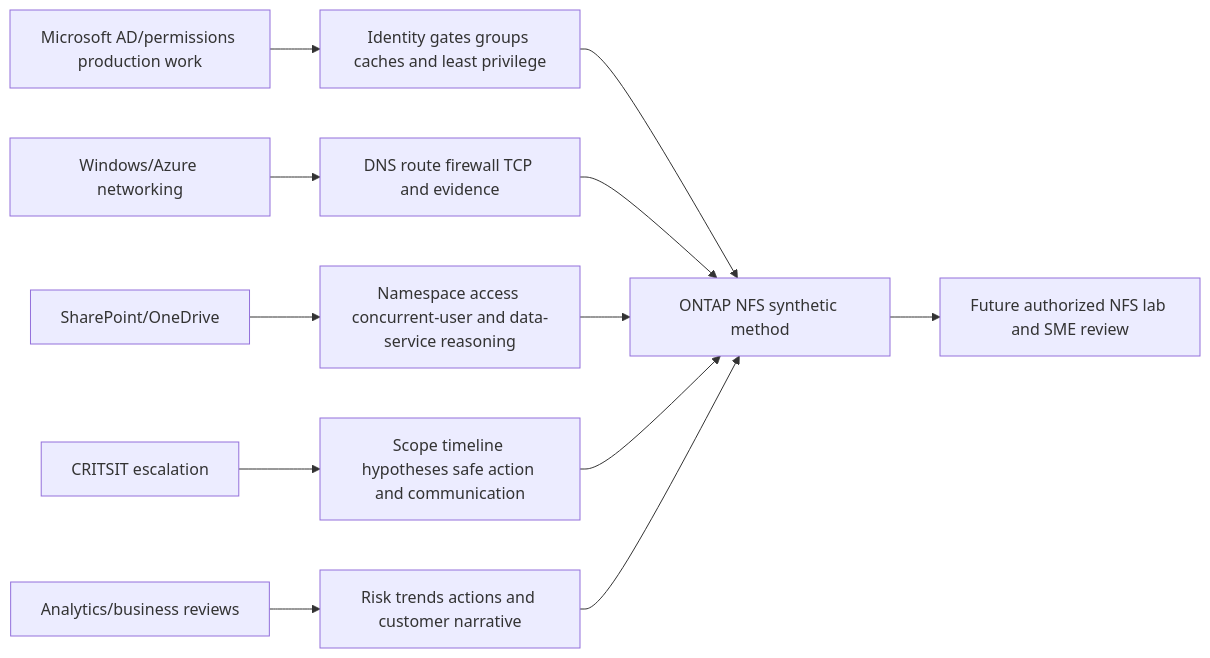
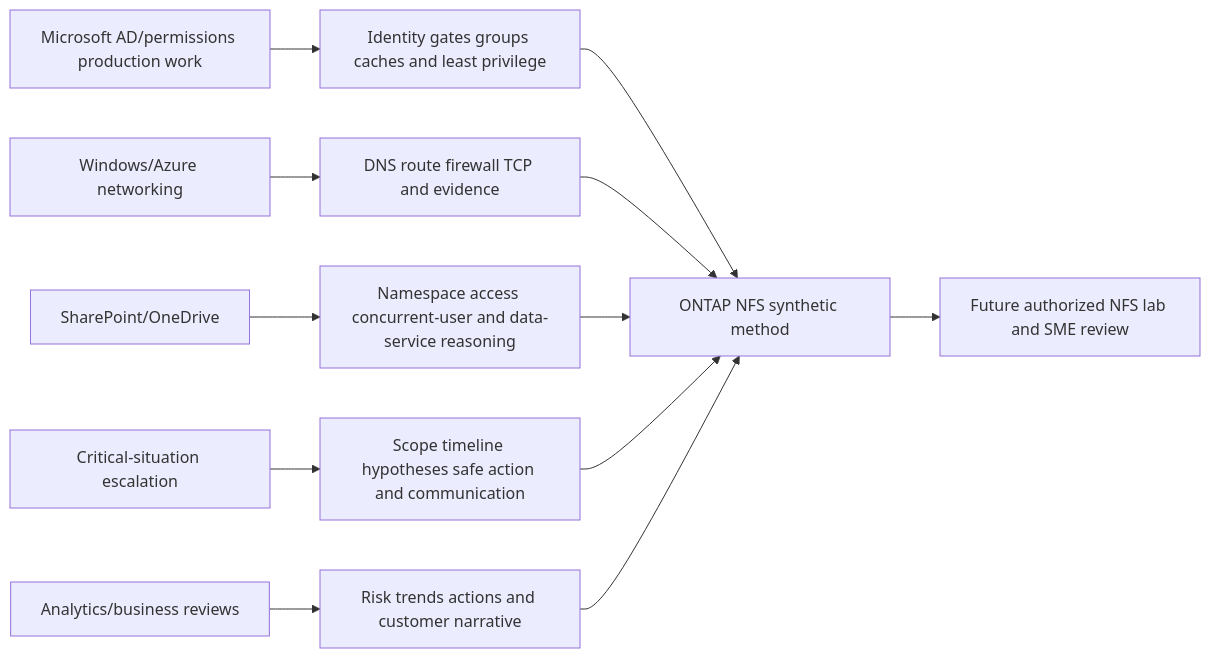
Diagram 23 of 24 in NetApp TAM/prep/Part-28-ontap-nfs-configuration-security.md (hichauhan-in/Interview-Prep), drawn with Mermaid before and after one commit. The commit also changed other lines of this file and 493 other files, not shown here.

````diff
--- a/NetApp TAM/prep/Part-28-ontap-nfs-configuration-security.md
+++ b/NetApp TAM/prep/Part-28-ontap-nfs-configuration-security.md
@@ -723,14 +723,14 @@
 ```mermaid
 flowchart LR
     ID[Microsoft AD/permissions production work] --> METHOD[Identity gates groups caches and least privilege]
     NET[Windows/Azure networking] --> PATH[DNS route firewall TCP and evidence]
     DATA[SharePoint/OneDrive] --> NS[Namespace access concurrent-user and data-service reasoning]
-    CRIT[CRITSIT escalation] --> RCA[Scope timeline hypotheses safe action and communication]
+    CRIT[Critical-situation escalation] --> RCA[Scope timeline hypotheses safe action and communication]
     BI[Analytics/business reviews] --> TAM[Risk trends actions and customer narrative]
     METHOD --> NFS[ONTAP NFS synthetic method]
     PATH --> NFS
     NS --> NFS
     RCA --> NFS
     TAM --> NFS
     NFS --> LAB[Future authorized NFS lab and SME review]
 ```
````
